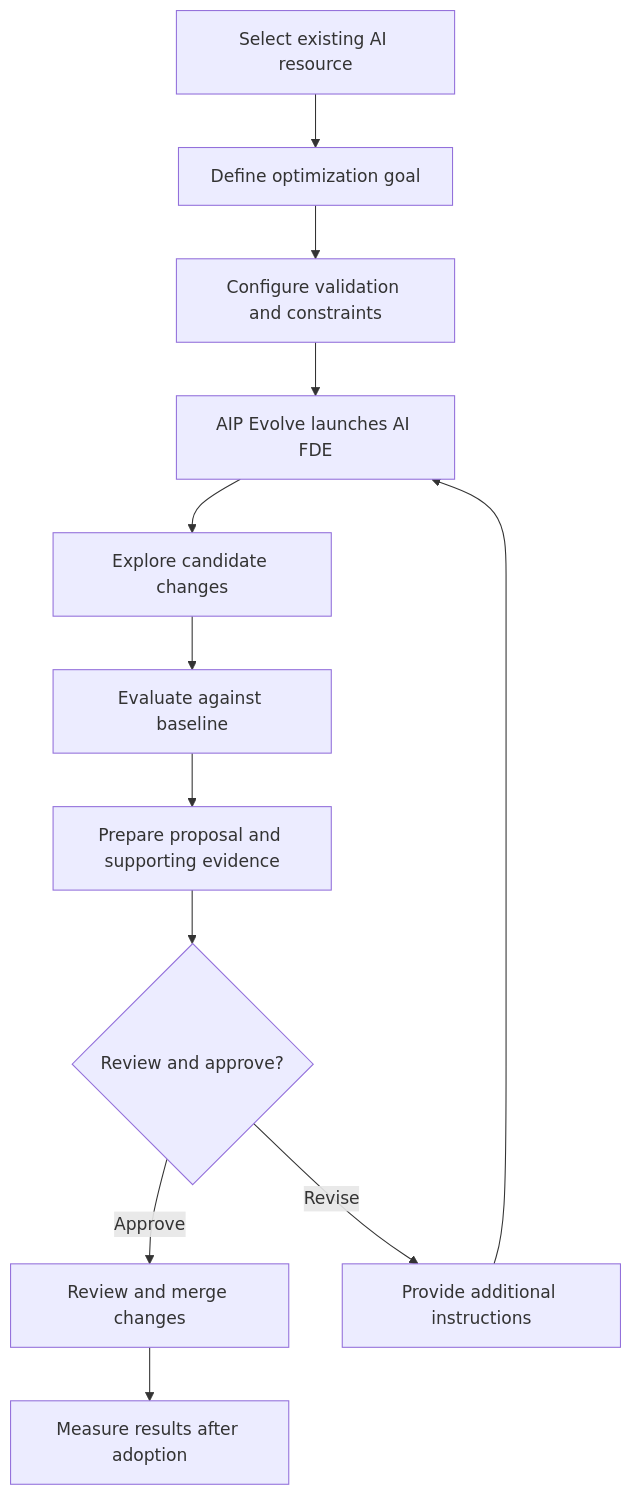
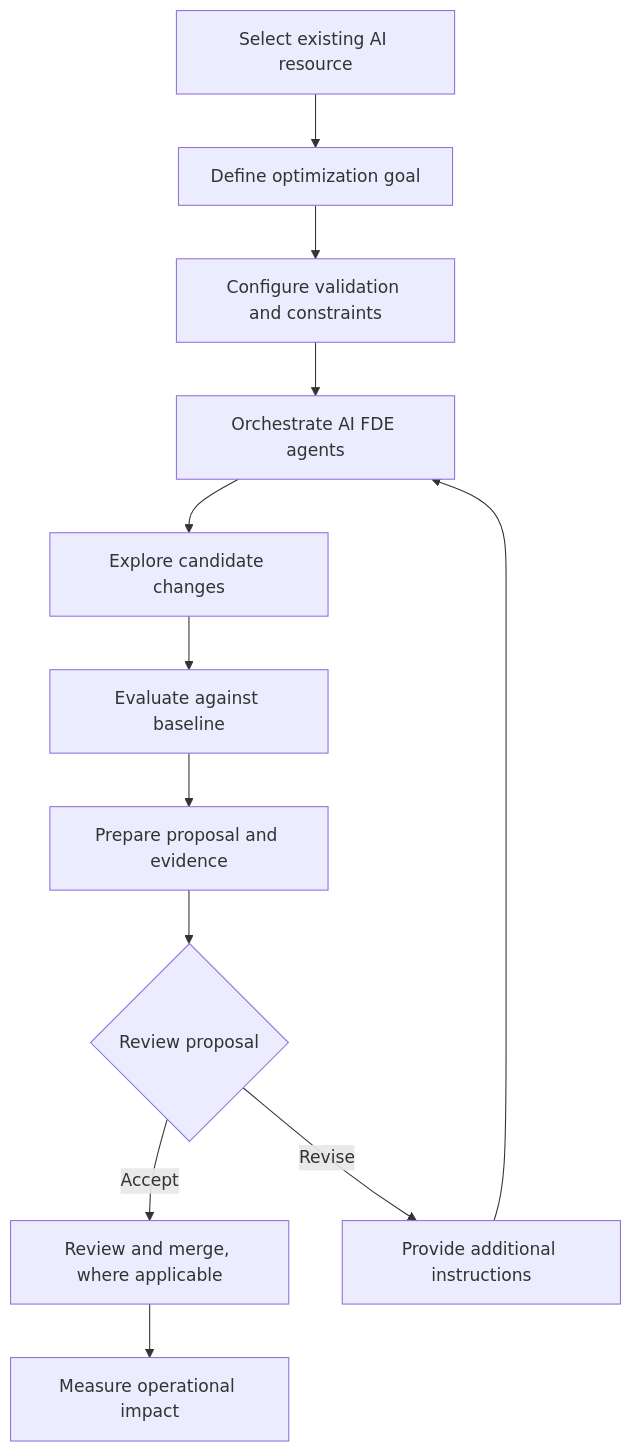
Before and after one commit to Ahb98/rocket-ship: the diagram in aip_evolve_in_palantir_foundry.md, drawn with Mermaid. The commit also changed other lines of this file, not shown here.

````diff
--- a/aip_evolve_in_palantir_foundry.md
+++ b/aip_evolve_in_palantir_foundry.md
@@ -51,14 +60,14 @@
 ```mermaid
 flowchart TD
     A["Select existing AI resource"] --> B["Define optimization goal"]
     B --> C["Configure validation and constraints"]
-    C --> D["AIP Evolve launches AI FDE"]
+    C --> D["Orchestrate AI FDE agents"]
     D --> E["Explore candidate changes"]
     E --> F["Evaluate against baseline"]
-    F --> G["Prepare proposal and supporting evidence"]
-    G --> H{"Review and approve?"}
-    H -- "Approve" --> I["Review and merge changes"]
+    F --> G["Prepare proposal and evidence"]
+    G --> H{"Review proposal"}
+    H -- "Accept" --> I["Review and merge, where applicable"]
     H -- "Revise" --> J["Provide additional instructions"]
     J --> D
-    I --> K["Measure results after adoption"]
+    I --> K["Measure operational impact"]
 ```
````
